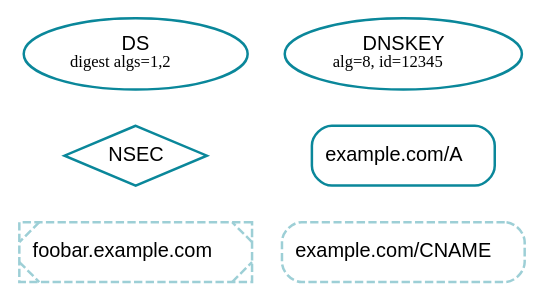
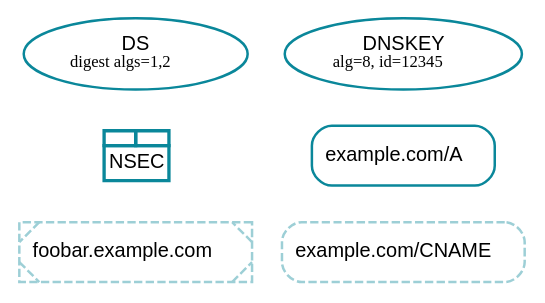
The diagram in doc/dot/nodes-secure.dot (dnsviz/dnsviz), drawn with Graphviz before and after one commit. The commit also changed 23 other files, not shown here.

```diff
--- a/doc/dot/nodes-secure.dot
+++ b/doc/dot/nodes-secure.dot
@@ -1,42 +1,46 @@
 digraph {
   graph [compound=true, rankdir=BT, ranksep=0.3];
 	node [label="\N",
 		penwidth=1.5
 	];
 	edge [penwidth=1.5];
 
 	"DS-1_2|example.com|8|54321|1_2" [color="#0a879a",
 		fillcolor="#ffffff",
 		label=<<FONT POINT-SIZE="12" FACE="Helvetica">DS</FONT><BR/><FONT POINT-SIZE="10">digest algs=1,2</FONT>>,
 		shape=ellipse,
 		style=filled];
 	"DNSKEY-0|example.com|8|12345"	 [color="#0a879a",
 		fillcolor="#ffffff",
 		label=<<FONT POINT-SIZE="12" FACE="Helvetica">DNSKEY</FONT><BR/><FONT POINT-SIZE="10">alg=8, id=12345</FONT>>,
 		shape=ellipse,
 		style=filled];
 	"NSEC-0|foobar.example.com|A" [color="#0a879a",
 					fillcolor="#ffffff",
-					label=<<FONT POINT-SIZE="12" FACE="Helvetica">NSEC</FONT>>,
-					shape=diamond,
+          label=<<TABLE COLOR="#0a879a" BORDER="0" CELLSPACING="-2" CELLPADDING="0" BGCOLOR="#ffffff"><TR>
+<TD PORT="nsec1" BORDER="2"><FONT POINT-SIZE="6"> </FONT></TD>
+<TD PORT="nsec2" BORDER="2"><FONT POINT-SIZE="6"> </FONT></TD>
+</TR><TR><TD COLSPAN="2" BORDER="2" CELLPADDING="3"><FONT POINT-SIZE="12" FACE="Helvetica">NSEC</FONT></TD></TR>
+</TABLE>>,
+					shape=none,
 					style=filled];
 	"RRset-10|example.com|A" [color="#0a879a",
 					fillcolor="#ffffff",
 					label=<<FONT POINT-SIZE="12" FACE="Helvetica">example.com/A</FONT>>,
 					shape=rectangle,
 					style="rounded,filled"];
 	"RRset-1|example.com|CNAME" [color="#9dcfd6",
 					fillcolor="#ffffff",
 					label=<<FONT POINT-SIZE="12" FACE="Helvetica">example.com/CNAME</FONT>>,
 					shape=rectangle,
 					style="rounded,filled,dashed"];
 	"RRset-0|foobar.example.com|A" [color="#9dcfd6",
 					fillcolor="#ffffff",
 					label=<<FONT POINT-SIZE="12" FACE="Helvetica">foobar.example.com</FONT>>,
 					shape=rectangle,
 					style="rounded,filled,dashed,diagonals"];
 	"RRset-10|example.com|A" -> "DNSKEY-0|example.com|8|12345" [style=invis];
 	"NSEC-0|foobar.example.com|A" -> "DS-1_2|example.com|8|54321|1_2" [style=invis];
 	"RRset-1|example.com|CNAME" -> "RRset-10|example.com|A" [style=invis];
 	"RRset-0|foobar.example.com|A" ->  "NSEC-0|foobar.example.com|A" [style=invis];
 }
```
